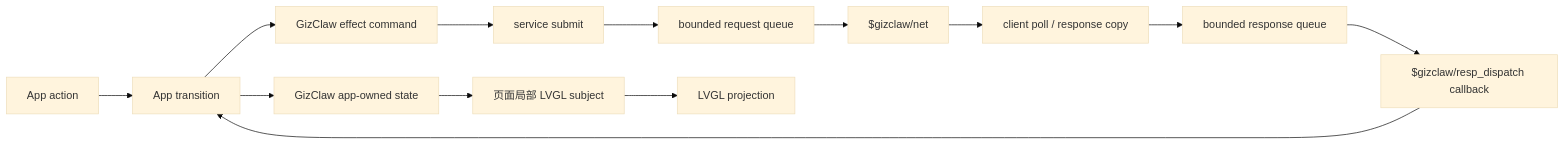
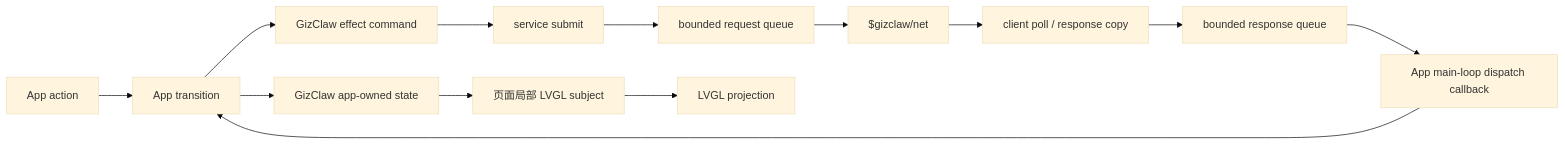
One commit to GizClaw/gizos changed the diagram in guides/apps/gizclaw/state.md. Above: the diagram before and after it, drawn with Mermaid (base theme). The commit also changed other lines of this file and 15 other files, not shown here.

First line of the commit message:
gizclaw: dispatch service callbacks from the caller task

````diff
--- a/guides/apps/gizclaw/state.md
+++ b/guides/apps/gizclaw/state.md
@@ -7,15 +7,15 @@
 ```mermaid
 flowchart LR
     Action["App action"] --> Transition["App transition"]
     Transition --> Command["GizClaw effect command"]
     Command --> Submit["service submit"]
     Submit --> Receive["bounded request queue"]
     Receive --> Net["$gizclaw/net"]
     Net --> Poll["client poll / response copy"]
     Poll --> Completion["bounded response queue"]
-    Completion --> Dispatch["$gizclaw/resp_dispatch callback"]
-    Dispatch --> Transition
+    Completion --> MainLoop["App main-loop dispatch callback"]
+    MainLoop --> Transition
     Transition --> State["GizClaw app-owned state"]
     State --> Subject["页面局部 LVGL subject"]
     Subject --> UI["LVGL projection"]
 ```
````
